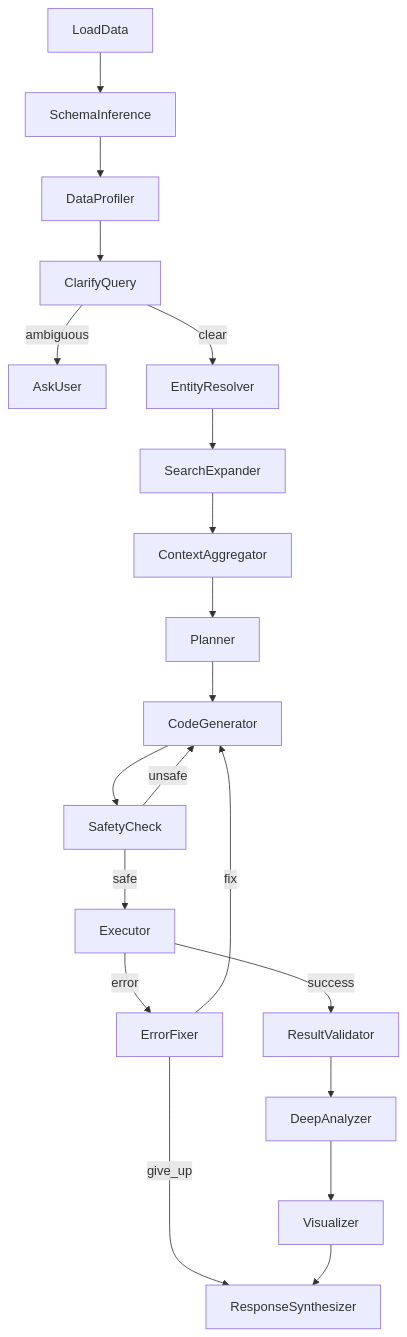
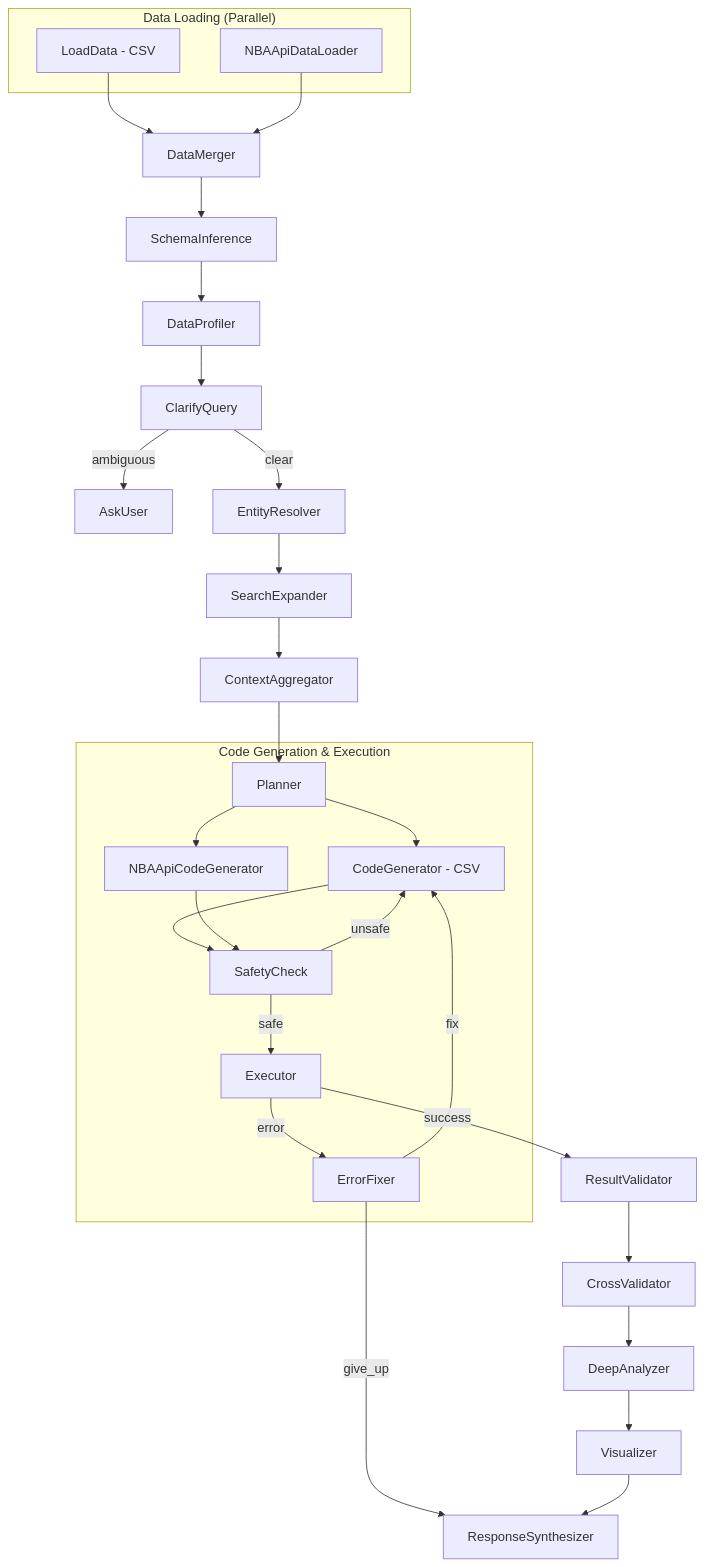
The diagram in docs/design.md (nickth3man/CSV_analyzer), drawn with Mermaid before and after one commit. The commit also changed other lines of this file, not shown here.

````diff
--- a/docs/design.md
+++ b/docs/design.md
@@ -71,27 +172,41 @@
 ```mermaid
 flowchart TD
-    load[LoadData] --> schema[SchemaInference]
+    subgraph DataLoading ["Data Loading (Parallel)"]
+        load[LoadData - CSV] 
+        nbaLoad[NBAApiDataLoader]
+    end
+    
+    merger[DataMerger]
+    load --> merger
+    nbaLoad --> merger
+    
+    merger --> schema[SchemaInference]
     schema --> profiler[DataProfiler]
     profiler --> clarify[ClarifyQuery]
     
     clarify -->|ambiguous| askUser[AskUser]
     clarify -->|clear| entityRes[EntityResolver]
     
     entityRes --> searchExp[SearchExpander]
     searchExp --> contextAgg[ContextAggregator]
     contextAgg --> plan[Planner]
-    plan --> codeGen[CodeGenerator]
-    codeGen --> safety[SafetyCheck]
     
-    safety -->|unsafe| codeGen
-    safety -->|safe| executor[Executor]
+    subgraph Execution ["Code Generation & Execution"]
+        plan --> codeGen[CodeGenerator - CSV]
+        plan --> nbaCodeGen[NBAApiCodeGenerator]
+        codeGen --> safety[SafetyCheck]
+        nbaCodeGen --> safety
+        safety -->|unsafe| codeGen
+        safety -->|safe| executor[Executor]
+        executor -->|error| fixer[ErrorFixer]
+        fixer -->|fix| codeGen
+    end
     
-    executor -->|error| fixer[ErrorFixer]
-    fixer -->|fix| codeGen
     fixer -->|give_up| synthesizer[ResponseSynthesizer]
     executor -->|success| validator[ResultValidator]
     
-    validator --> deepAnalyzer[DeepAnalyzer]
+    validator --> crossVal[CrossValidator]
+    crossVal --> deepAnalyzer[DeepAnalyzer]
     deepAnalyzer --> viz[Visualizer]
     viz --> synthesizer[ResponseSynthesizer]
 ```
````
